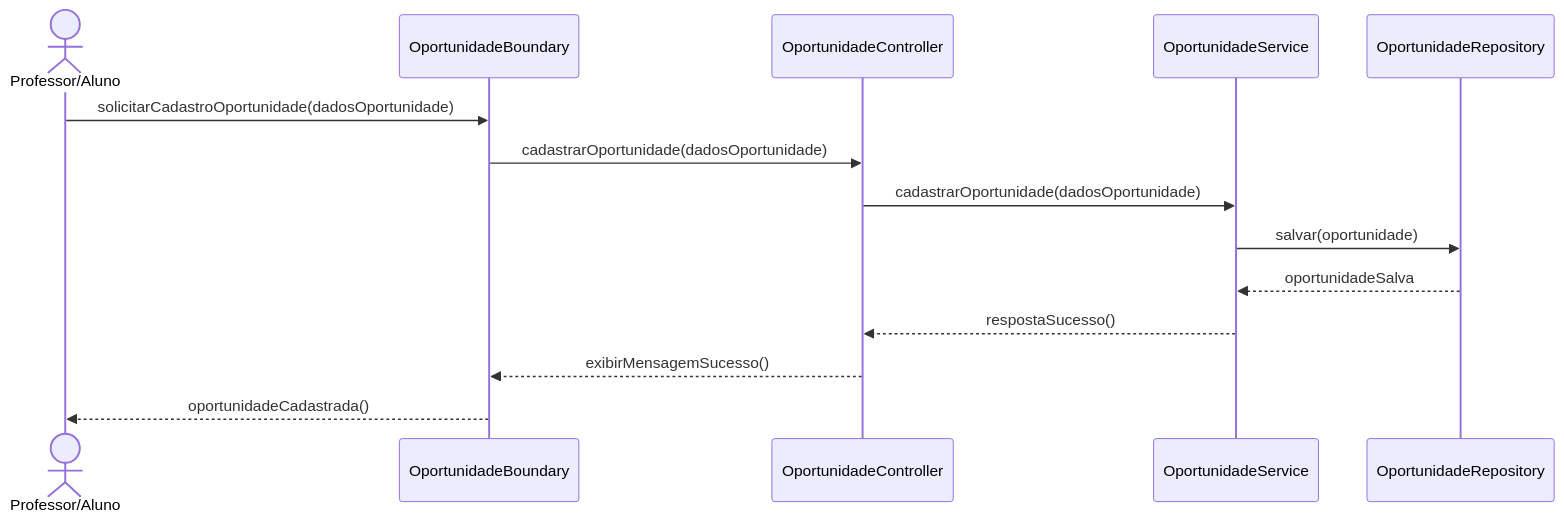
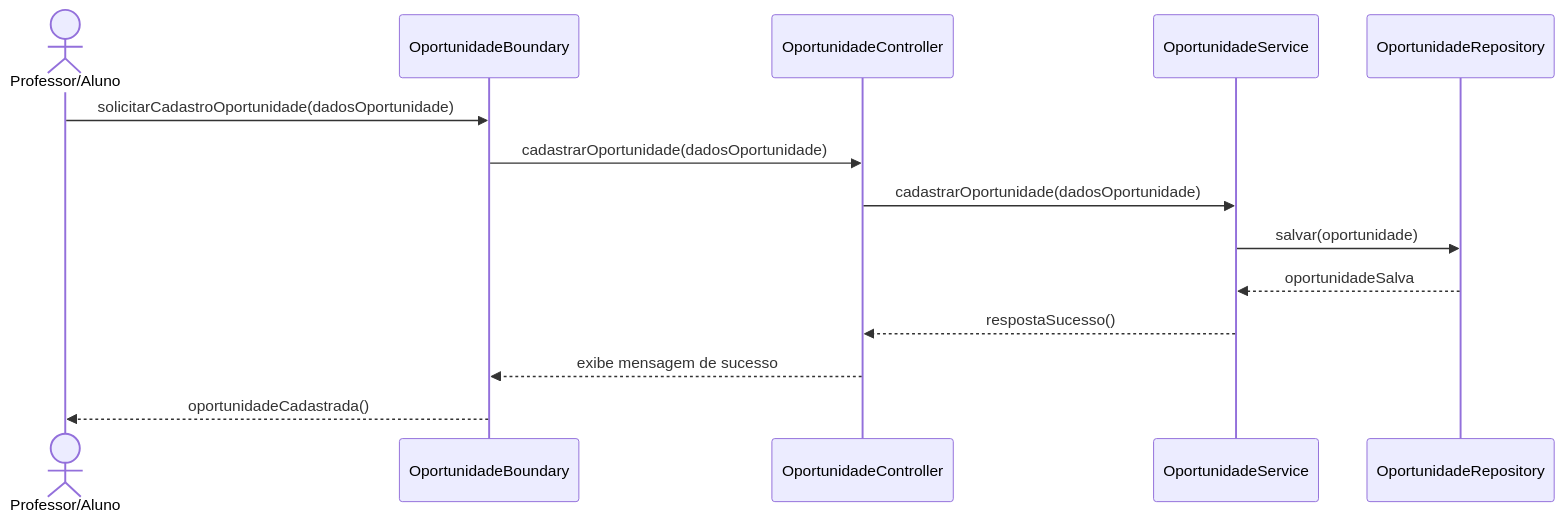
Before and after one commit to ImGabreuw/learning-management-system: the sixth of 26 diagrams in README.md, drawn with Mermaid. The commit also changed other lines of this file and 1 other file, not shown here.

````diff
--- a/README.md
+++ b/README.md
@@ -440,17 +303,17 @@
 ```mermaid
 sequenceDiagram
       actor Professor/Aluno
       participant boundary as OportunidadeBoundary
       participant controller as OportunidadeController
       participant service as OportunidadeService
       participant repo as OportunidadeRepository
 
       Professor/Aluno->>boundary: solicitarCadastroOportunidade(dadosOportunidade)
       boundary->>controller: cadastrarOportunidade(dadosOportunidade)
       controller->>service: cadastrarOportunidade(dadosOportunidade)
       service->>repo: salvar(oportunidade)
       repo-->>service: oportunidadeSalva
       service-->>controller: respostaSucesso()
-      controller-->>boundary: exibirMensagemSucesso()
+      controller-->>boundary: exibe mensagem de sucesso
       boundary-->>Professor/Aluno: oportunidadeCadastrada()
 ```
````
